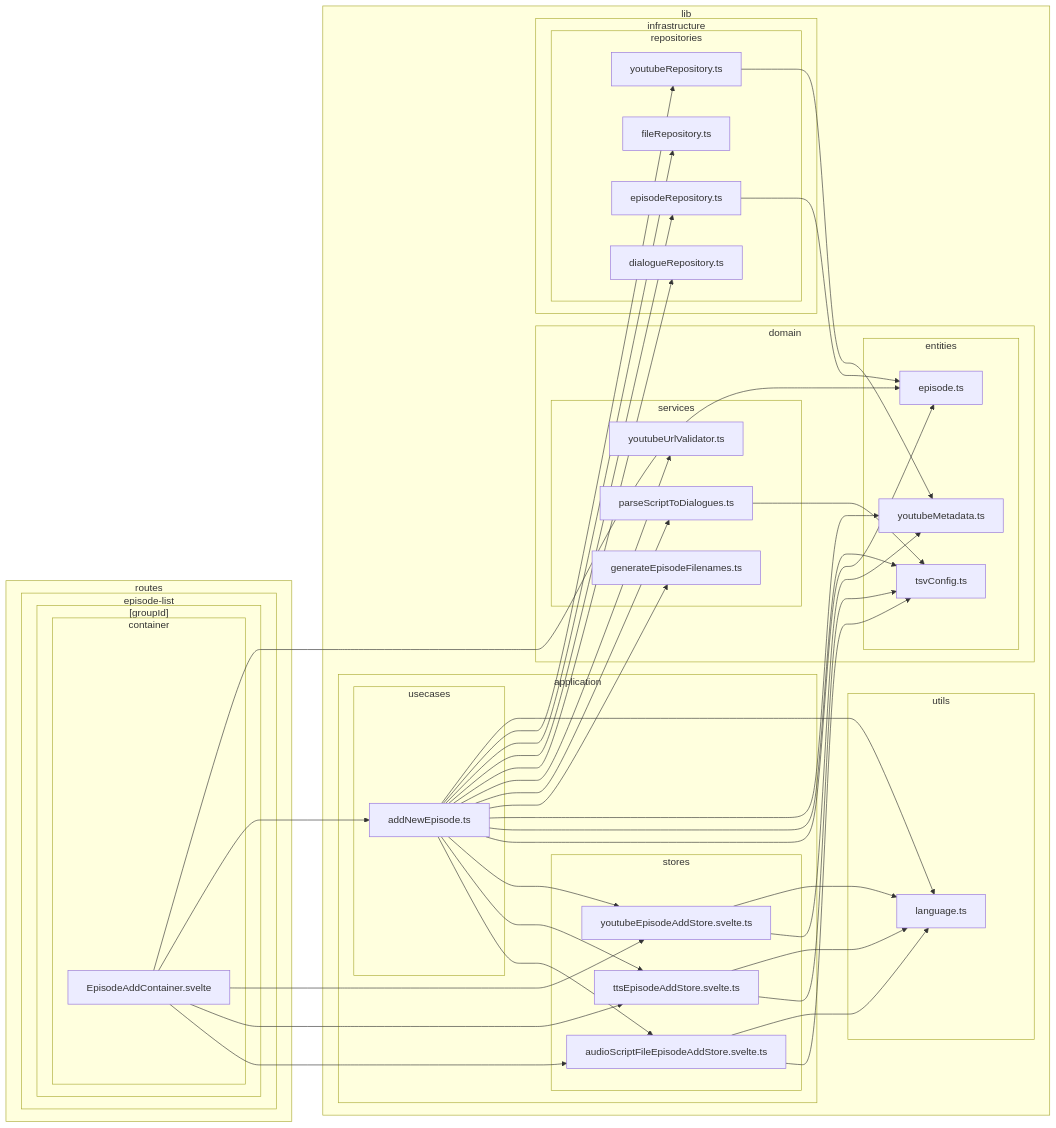
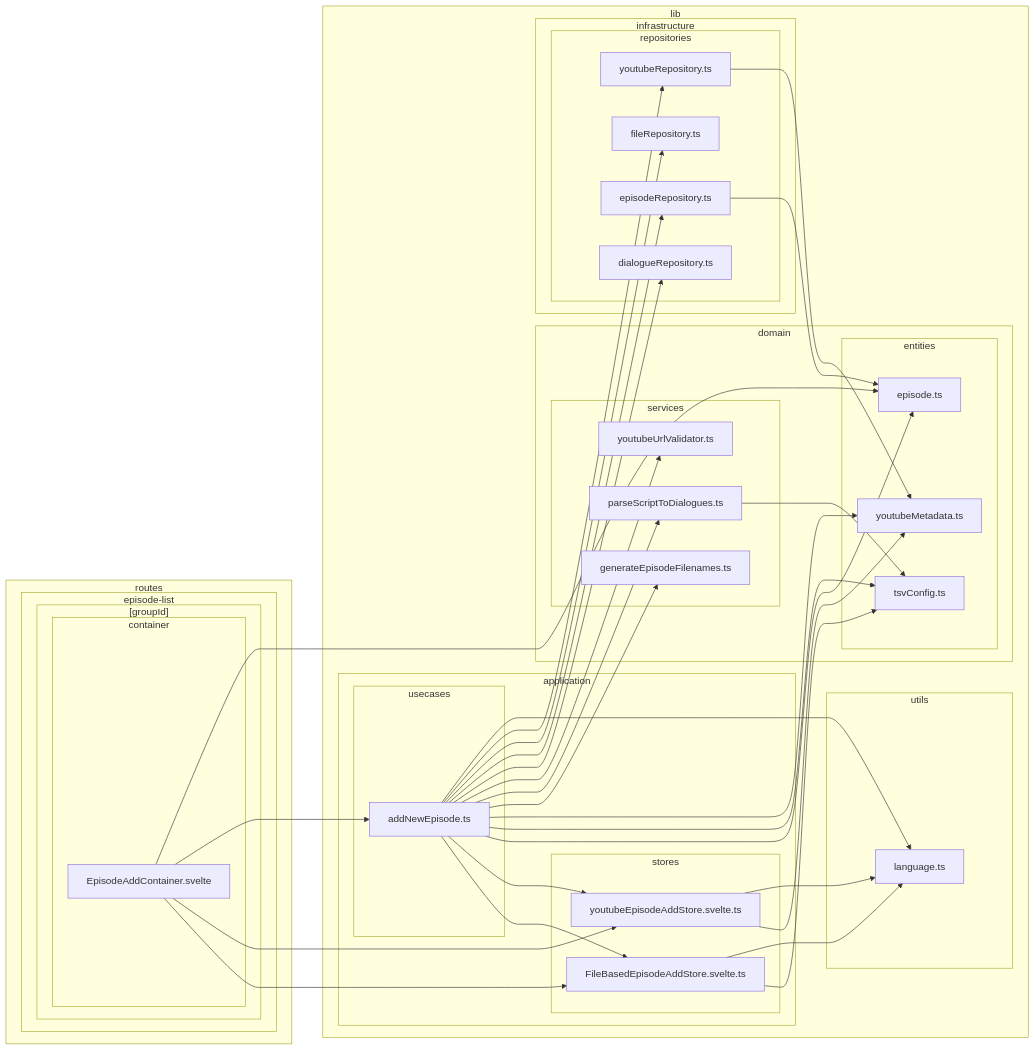
One commit to k5n/kotonoha changed the sixth of 38 diagrams in doc/dependency-graph.md. Above: the diagram before and after it, drawn with Mermaid. The commit also changed other lines of this file and 1 other file, not shown here.

Commit message:
refactor: Exclude i18n store from presentation layer dependency graphs to reduce noise

````diff
--- a/doc/dependency-graph.md
+++ b/doc/dependency-graph.md
@@ -309,75 +266,70 @@
 ```mermaid
 graph LR
         subgraph sg_lib ["lib"]
             subgraph sg_lib_application ["application"]
                 subgraph sg_lib_application_stores ["stores"]
-                    src_lib_application_stores_audioScriptFileEpisodeAddStore_svelte_ts["audioScriptFileEpisodeAddStore.svelte.ts"]
-                    src_lib_application_stores_ttsEpisodeAddStore_svelte_ts["ttsEpisodeAddStore.svelte.ts"]
+                    src_lib_application_stores_FileBasedEpisodeAddStore_svelte_ts["FileBasedEpisodeAddStore.svelte.ts"]
                     src_lib_application_stores_youtubeEpisodeAddStore_svelte_ts["youtubeEpisodeAddStore.svelte.ts"]
                 end
                 subgraph sg_lib_application_usecases ["usecases"]
                     src_lib_application_usecases_addNewEpisode_ts["addNewEpisode.ts"]
                 end
             end
             subgraph sg_lib_domain ["domain"]
                 subgraph sg_lib_domain_entities ["entities"]
                     src_lib_domain_entities_episode_ts["episode.ts"]
                     src_lib_domain_entities_tsvConfig_ts["tsvConfig.ts"]
                     src_lib_domain_entities_youtubeMetadata_ts["youtubeMetadata.ts"]
                 end
                 subgraph sg_lib_domain_services ["services"]
                     src_lib_domain_services_generateEpisodeFilenames_ts["generateEpisodeFilenames.ts"]
                     src_lib_domain_services_parseScriptToDialogues_ts["parseScriptToDialogues.ts"]
                     src_lib_domain_services_youtubeUrlValidator_ts["youtubeUrlValidator.ts"]
                 end
             end
             subgraph sg_lib_infrastructure ["infrastructure"]
                 subgraph sg_lib_infrastructure_repositories ["repositories"]
                     src_lib_infrastructure_repositories_dialogueRepository_ts["dialogueRepository.ts"]
                     src_lib_infrastructure_repositories_episodeRepository_ts["episodeRepository.ts"]
                     src_lib_infrastructure_repositories_fileRepository_ts["fileRepository.ts"]
                     src_lib_infrastructure_repositories_youtubeRepository_ts["youtubeRepository.ts"]
                 end
             end
             subgraph sg_lib_utils ["utils"]
                 src_lib_utils_language_ts["language.ts"]
             end
         end
         subgraph sg_routes ["routes"]
             subgraph sg_routes_episode_list ["episode-list"]
                 subgraph sg_routes_episode_list__groupId_ ["[groupId]"]
                     subgraph sg_routes_episode_list__groupId__container ["container"]
                         src_routes_episode_list__groupId__container_EpisodeAddContainer_svelte["EpisodeAddContainer.svelte"]
                     end
                 end
             end
         end
-    src_lib_application_usecases_addNewEpisode_ts --> src_lib_application_stores_audioScriptFileEpisodeAddStore_svelte_ts
-    src_lib_application_usecases_addNewEpisode_ts --> src_lib_application_stores_ttsEpisodeAddStore_svelte_ts
+    src_lib_application_usecases_addNewEpisode_ts --> src_lib_application_stores_FileBasedEpisodeAddStore_svelte_ts
     src_lib_application_usecases_addNewEpisode_ts --> src_lib_application_stores_youtubeEpisodeAddStore_svelte_ts
     src_lib_application_usecases_addNewEpisode_ts --> src_lib_domain_entities_episode_ts
     src_lib_application_usecases_addNewEpisode_ts --> src_lib_domain_entities_tsvConfig_ts
     src_lib_application_usecases_addNewEpisode_ts --> src_lib_domain_entities_youtubeMetadata_ts
     src_lib_application_usecases_addNewEpisode_ts --> src_lib_domain_services_generateEpisodeFilenames_ts
     src_lib_application_usecases_addNewEpisode_ts --> src_lib_domain_services_parseScriptToDialogues_ts
     src_lib_application_usecases_addNewEpisode_ts --> src_lib_domain_services_youtubeUrlValidator_ts
     src_lib_application_usecases_addNewEpisode_ts --> src_lib_infrastructure_repositories_dialogueRepository_ts
     src_lib_application_usecases_addNewEpisode_ts --> src_lib_infrastructure_repositories_episodeRepository_ts
     src_lib_application_usecases_addNewEpisode_ts --> src_lib_infrastructure_repositories_fileRepository_ts
     src_lib_application_usecases_addNewEpisode_ts --> src_lib_infrastructure_repositories_youtubeRepository_ts
     src_lib_application_usecases_addNewEpisode_ts --> src_lib_utils_language_ts
-    src_lib_application_stores_audioScriptFileEpisodeAddStore_svelte_ts --> src_lib_domain_entities_tsvConfig_ts
-    src_lib_application_stores_audioScriptFileEpisodeAddStore_svelte_ts --> src_lib_utils_language_ts
-    src_lib_application_stores_ttsEpisodeAddStore_svelte_ts --> src_lib_domain_entities_tsvConfig_ts
-    src_lib_application_stores_ttsEpisodeAddStore_svelte_ts --> src_lib_utils_language_ts
+    src_lib_application_stores_FileBasedEpisodeAddStore_svelte_ts --> src_lib_domain_entities_tsvConfig_ts
+    src_lib_application_stores_FileBasedEpisodeAddStore_svelte_ts --> src_lib_utils_language_ts
     src_lib_application_stores_youtubeEpisodeAddStore_svelte_ts --> src_lib_domain_entities_youtubeMetadata_ts
     src_lib_application_stores_youtubeEpisodeAddStore_svelte_ts --> src_lib_utils_language_ts
     src_lib_domain_services_parseScriptToDialogues_ts --> src_lib_domain_entities_tsvConfig_ts
     src_lib_infrastructure_repositories_episodeRepository_ts --> src_lib_domain_entities_episode_ts
     src_lib_infrastructure_repositories_youtubeRepository_ts --> src_lib_domain_entities_youtubeMetadata_ts
-    src_routes_episode_list__groupId__container_EpisodeAddContainer_svelte --> src_lib_application_stores_audioScriptFileEpisodeAddStore_svelte_ts
-    src_routes_episode_list__groupId__container_EpisodeAddContainer_svelte --> src_lib_application_stores_ttsEpisodeAddStore_svelte_ts
+    src_routes_episode_list__groupId__container_EpisodeAddContainer_svelte --> src_lib_application_stores_FileBasedEpisodeAddStore_svelte_ts
     src_routes_episode_list__groupId__container_EpisodeAddContainer_svelte --> src_lib_application_stores_youtubeEpisodeAddStore_svelte_ts
     src_routes_episode_list__groupId__container_EpisodeAddContainer_svelte --> src_lib_application_usecases_addNewEpisode_ts
     src_routes_episode_list__groupId__container_EpisodeAddContainer_svelte --> src_lib_domain_entities_episode_ts
 ```
````
